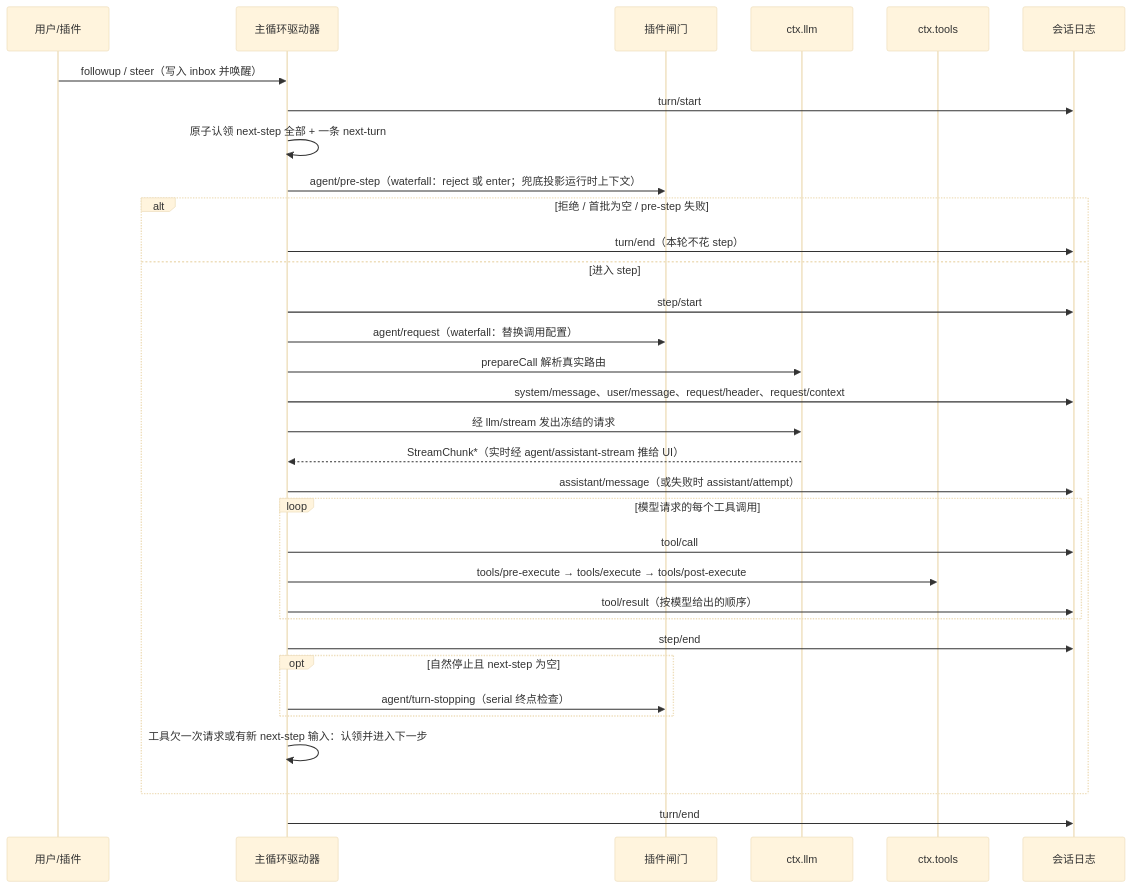
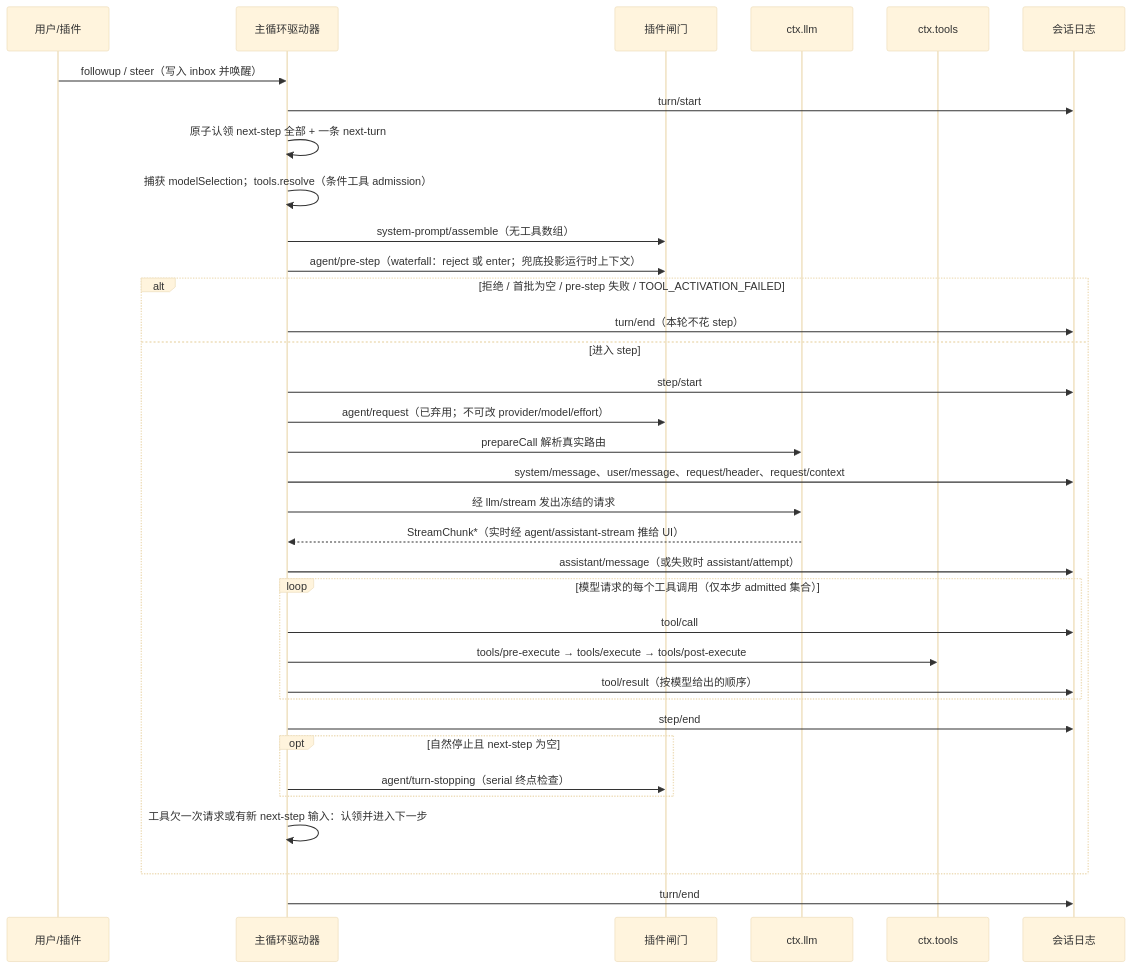
The diagram in 07-Turn与Step主循环.md (vinthuy/deepseek-harness-book), drawn with Mermaid (base theme) before and after one commit. The commit also changed other lines of this file and 24 other files, not shown here.

````diff
--- a/07-Turn与Step主循环.md
+++ b/07-Turn与Step主循环.md
@@ -42,35 +44,37 @@
 ```mermaid
 sequenceDiagram
     participant U as 用户/插件
     participant D as 主循环驱动器
     participant P as 插件闸门
     participant M as ctx.llm
     participant T as ctx.tools
     participant S as 会话日志
     U->>D: followup / steer（写入 inbox 并唤醒）
     D->>S: turn/start
     D->>D: 原子认领 next-step 全部 + 一条 next-turn
+    D->>D: 捕获 modelSelection；tools.resolve（条件工具 admission）
+    D->>P: system-prompt/assemble（无工具数组）
     D->>P: agent/pre-step（waterfall：reject 或 enter；兜底投影运行时上下文）
-    alt 拒绝 / 首批为空 / pre-step 失败
+    alt 拒绝 / 首批为空 / pre-step 失败 / TOOL_ACTIVATION_FAILED
         D->>S: turn/end（本轮不花 step）
     else 进入 step
         D->>S: step/start
-        D->>P: agent/request（waterfall：替换调用配置）
+        D->>P: agent/request（已弃用；不可改 provider/model/effort）
         D->>M: prepareCall 解析真实路由
         D->>S: system/message、user/message、request/header、request/context
         D->>M: 经 llm/stream 发出冻结的请求
         M-->>D: StreamChunk*（实时经 agent/assistant-stream 推给 UI）
         D->>S: assistant/message（或失败时 assistant/attempt）
-        loop 模型请求的每个工具调用
+        loop 模型请求的每个工具调用（仅本步 admitted 集合）
             D->>S: tool/call
             D->>T: tools/pre-execute → tools/execute → tools/post-execute
             D->>S: tool/result（按模型给出的顺序）
         end
         D->>S: step/end
         opt 自然停止且 next-step 为空
             D->>P: agent/turn-stopping（serial 终点检查）
         end
         D->>D: 工具欠一次请求或有新 next-step 输入：认领并进入下一步
     end
     D->>S: turn/end
 ```
````
